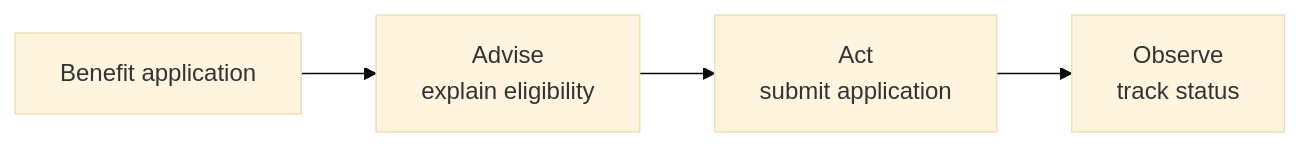
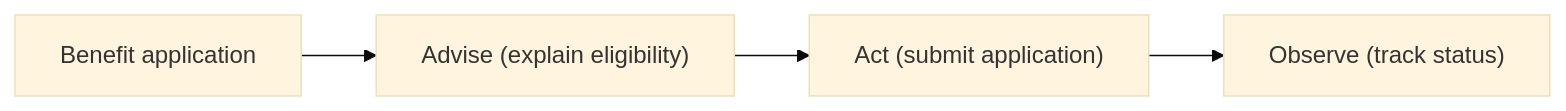
The second of 8 diagrams in PROPOSED_ARCHITECTURE.md (manjudr/documents), drawn with Mermaid (base theme) before and after one commit. The commit also changed other lines of this file and 1 other file, not shown here.

Commit message:
docs: make proposed Mermaid labels GitHub-safe

````diff
--- a/PROPOSED_ARCHITECTURE.md
+++ b/PROPOSED_ARCHITECTURE.md
@@ -144,6 +144,6 @@
 ```mermaid
 flowchart LR
-  U["Benefit application"] --> D["Advise<br/>explain eligibility"]
-  D --> A["Act<br/>submit application"]
-  A --> O["Observe<br/>track status"]
+  U["Benefit application"] --> D["Advise (explain eligibility)"]
+  D --> A["Act (submit application)"]
+  A --> O["Observe (track status)"]
 ```
````
